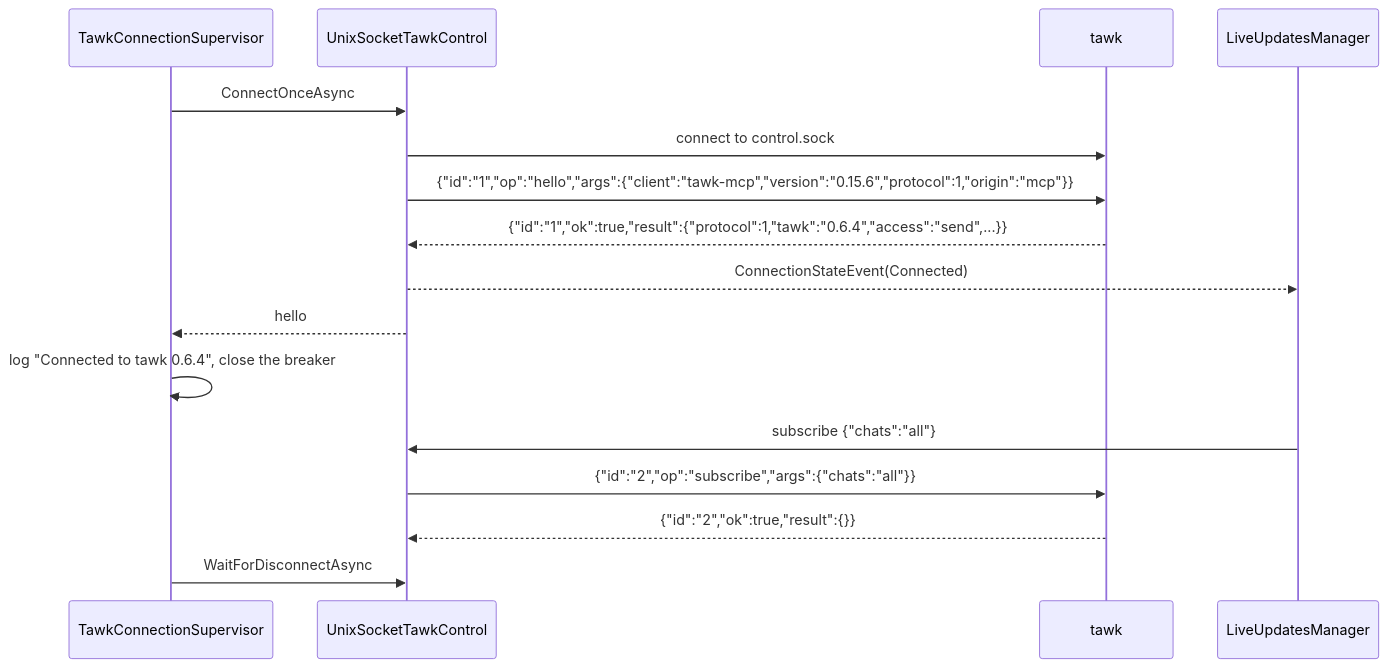
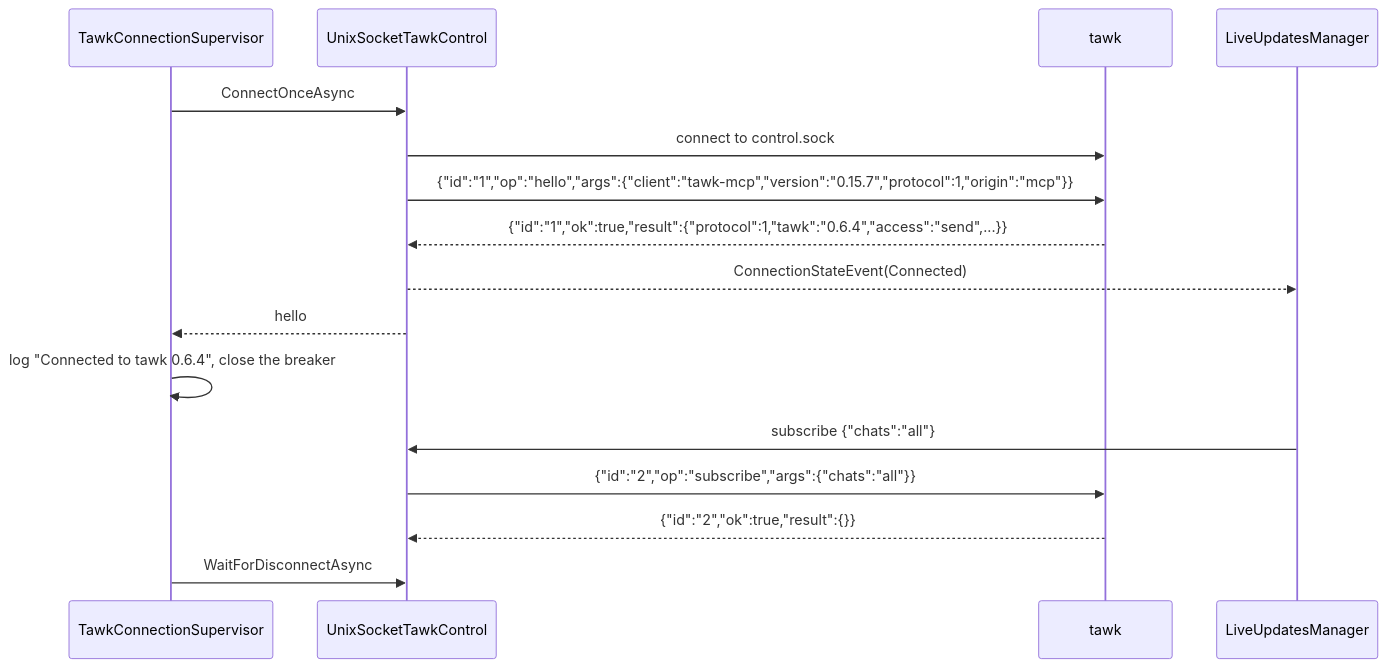
The first of 14 diagrams in HOW_IT_WORKS.md (loganventer/Corvus.Mcp.Server.Tawk), drawn with Mermaid before and after one commit. The commit also changed 3 other files, not shown here.

First line of the commit message:
Describe the length and played time of a voice note in the manual and the architecture (#43)

````diff
--- a/HOW_IT_WORKS.md
+++ b/HOW_IT_WORKS.md
@@ -31,19 +31,19 @@
 ```mermaid
 sequenceDiagram
     participant S as TawkConnectionSupervisor
     participant C as UnixSocketTawkControl
     participant T as tawk
     participant L as LiveUpdatesManager
 
     S->>C: ConnectOnceAsync
     C->>T: connect to control.sock
-    C->>T: {"id":"1","op":"hello","args":{"client":"tawk-mcp","version":"0.15.6","protocol":1,"origin":"mcp"}}
+    C->>T: {"id":"1","op":"hello","args":{"client":"tawk-mcp","version":"0.15.7","protocol":1,"origin":"mcp"}}
     T-->>C: {"id":"1","ok":true,"result":{"protocol":1,"tawk":"0.6.4","access":"send",...}}
     C-->>L: ConnectionStateEvent(Connected)
     C-->>S: hello
     S->>S: log "Connected to tawk 0.6.4", close the breaker
     L->>C: subscribe {"chats":"all"}
     C->>T: {"id":"2","op":"subscribe","args":{"chats":"all"}}
     T-->>C: {"id":"2","ok":true,"result":{}}
     S->>C: WaitForDisconnectAsync
 ```
````
